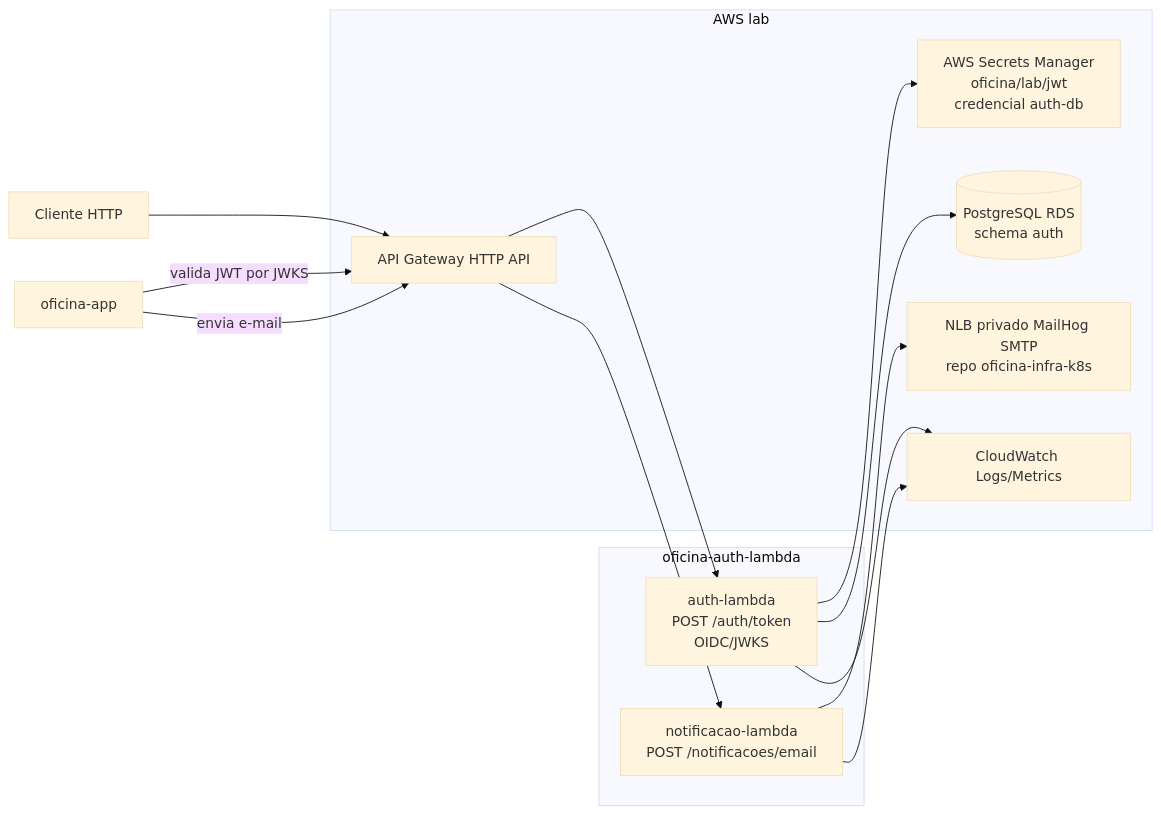
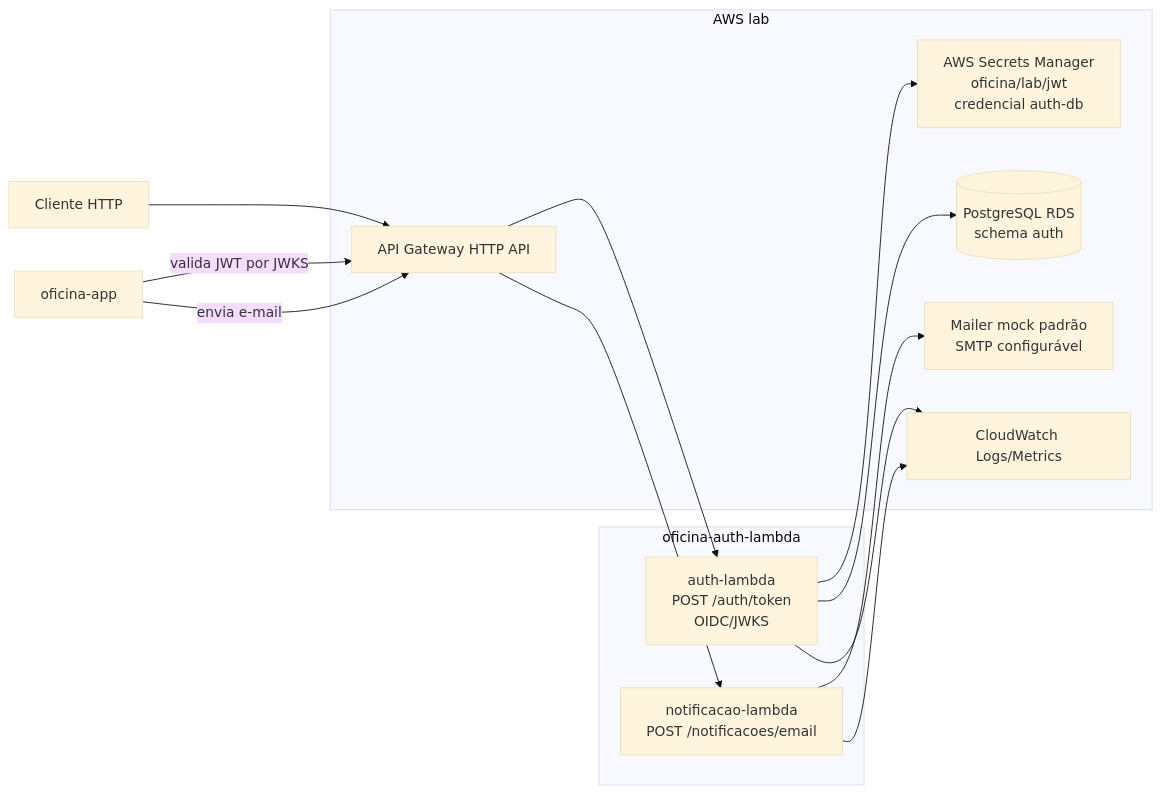
Before and after one commit to oficina-soat/oficina-auth-lambda: the diagram in README.md, drawn with Mermaid (base theme). The commit also changed other lines of this file and 2 other files, not shown here.

Commit message:
fix: permite deploy de notificacao sem nlb do mailhog

````diff
--- a/README.md
+++ b/README.md
@@ -53,22 +53,22 @@
 ```mermaid
 flowchart LR
   user[Cliente HTTP] --> apigw[API Gateway HTTP API]
 
   subgraph repo[oficina-auth-lambda]
     auth[auth-lambda<br/>POST /auth/token<br/>OIDC/JWKS]
     notif[notificacao-lambda<br/>POST /notificacoes/email]
   end
 
   subgraph aws[AWS lab]
     apigw --> auth
     apigw --> notif
     auth --> secrets[AWS Secrets Manager<br/>oficina/lab/jwt<br/>credencial auth-db]
     auth --> db[(PostgreSQL RDS<br/>schema auth)]
-    notif --> mailhog[NLB privado MailHog SMTP<br/>repo oficina-infra-k8s]
+    notif --> mailer[Mailer mock padrão<br/>SMTP configurável]
     auth --> logs[CloudWatch Logs/Metrics]
     notif --> logs
   end
 
   app[oficina-app] -->|valida JWT por JWKS| apigw
   app -->|envia e-mail| apigw
 ```
````
